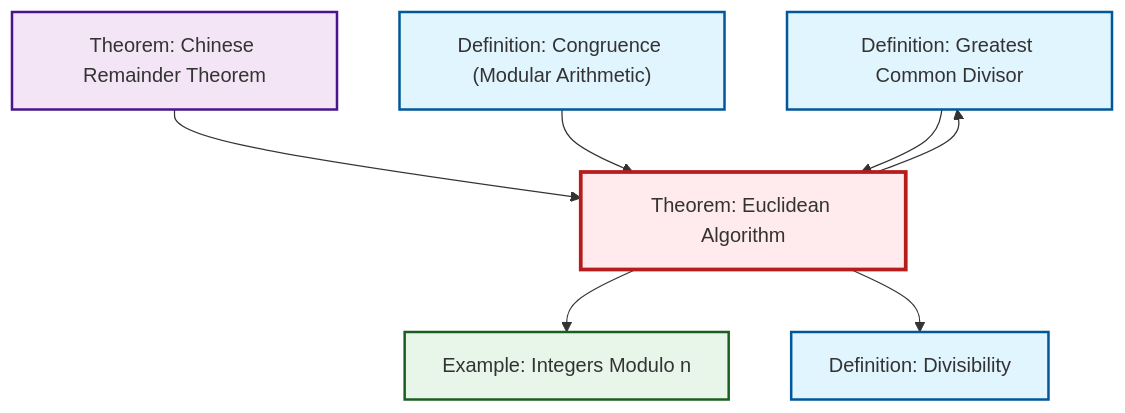
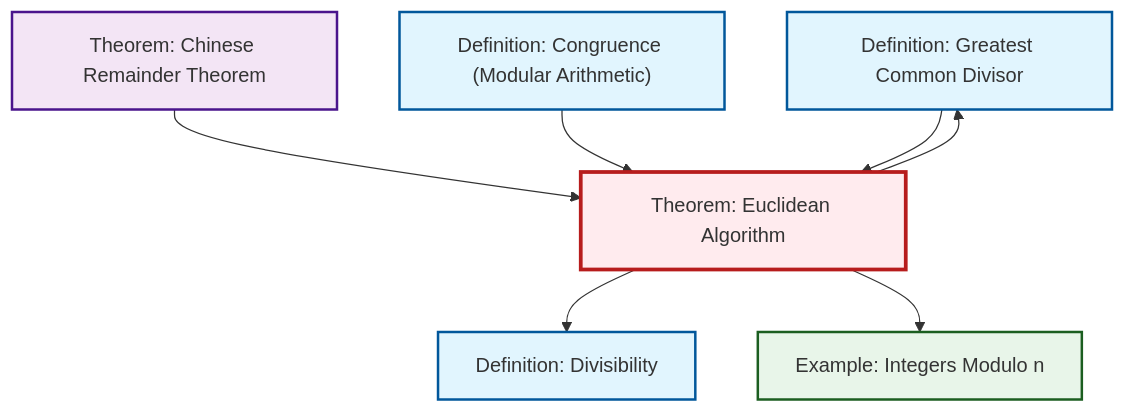
Before and after one commit to RK0429/ModernMath: the second of 2 diagrams in content/ja/number-theory/thm-euclidean-algorithm.qmd, drawn with Mermaid. The commit also changed other lines of this file and 634 other files, not shown here.

````diff
--- a/content/ja/number-theory/thm-euclidean-algorithm.qmd
+++ b/content/ja/number-theory/thm-euclidean-algorithm.qmd
@@ -96,27 +96,27 @@
 ```{mermaid}
 %%| fig-cap: "Local dependency graph"
 graph TD
     classDef definition fill:#e1f5fe,stroke:#01579b,stroke-width:2px
     classDef theorem fill:#f3e5f5,stroke:#4a148c,stroke-width:2px
     classDef axiom fill:#fff3e0,stroke:#e65100,stroke-width:2px
     classDef example fill:#e8f5e9,stroke:#1b5e20,stroke-width:2px
     classDef current fill:#ffebee,stroke:#b71c1c,stroke-width:3px
-    def-divisibility["Definition: Divisibility"]:::definition
     def-gcd["Definition: Greatest Common Divisor"]:::definition
     def-congruence["Definition: Congruence (Modular Arithmetic)"]:::definition
+    def-divisibility["Definition: Divisibility"]:::definition
+    thm-chinese-remainder["Theorem: Chinese Remainder Theorem"]:::theorem
+    ex-quotient-integers-mod-n["Example: Integers Modulo n"]:::example
     thm-euclidean-algorithm["Theorem: Euclidean Algorithm"]:::theorem
-    ex-quotient-integers-mod-n["Example: Integers Modulo n"]:::example
-    thm-chinese-remainder["Theorem: Chinese Remainder Theorem"]:::theorem
+    thm-euclidean-algorithm --> def-divisibility
     thm-chinese-remainder --> thm-euclidean-algorithm
     def-congruence --> thm-euclidean-algorithm
+    def-gcd --> thm-euclidean-algorithm
     thm-euclidean-algorithm --> def-gcd
-    def-gcd --> thm-euclidean-algorithm
     thm-euclidean-algorithm --> ex-quotient-integers-mod-n
-    thm-euclidean-algorithm --> def-divisibility
     class thm-euclidean-algorithm current
-    click def-divisibility "def-divisibility.html" "Definition: Divisibilityへ"
     click def-gcd "def-gcd.html" "Definition: Greatest Common Divisorへ"
     click def-congruence "def-congruence.html" "Definition: Congruence (Modular Arithmetic)へ"
+    click def-divisibility "def-divisibility.html" "Definition: Divisibilityへ"
+    click thm-chinese-remainder "thm-chinese-remainder.html" "Theorem: Chinese Remainder Theoremへ"
     click ex-quotient-integers-mod-n "ex-quotient-integers-mod-n.html" "Example: Integers Modulo nへ"
-    click thm-chinese-remainder "thm-chinese-remainder.html" "Theorem: Chinese Remainder Theoremへ"
 ```
````
